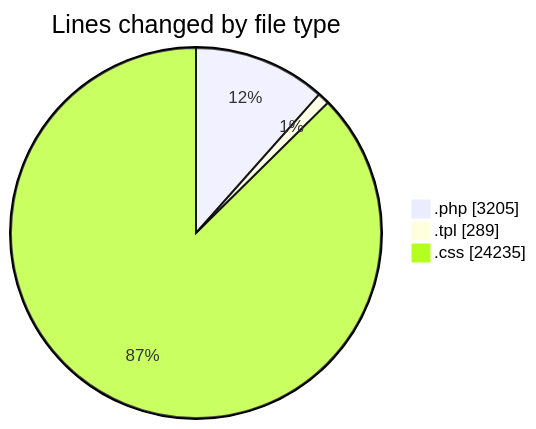
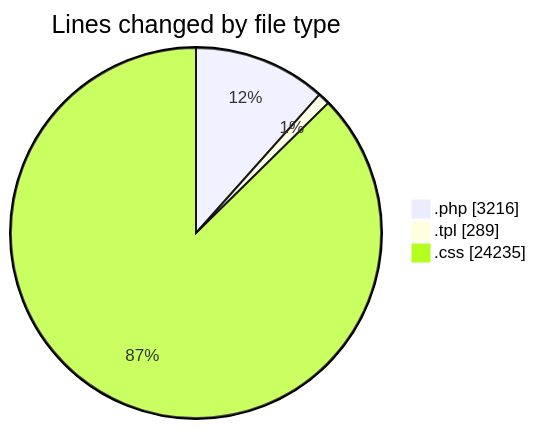
One commit to vahidmafi/code-tracking changed the first of 2 diagrams in 2025-04-18/zeytoon/README.md. Above: the diagram before and after it, drawn with Mermaid. The commit also changed other lines of this file and 1 other file, not shown here.

````diff
--- a/2025-04-18/zeytoon/README.md
+++ b/2025-04-18/zeytoon/README.md
@@ -26,7 +26,7 @@
 ```mermaid
 pie showData
 title Lines changed by file type
-".php" : 3205
+".php" : 3216
 ".tpl" : 289
 ".css" : 24235
 ```
````
